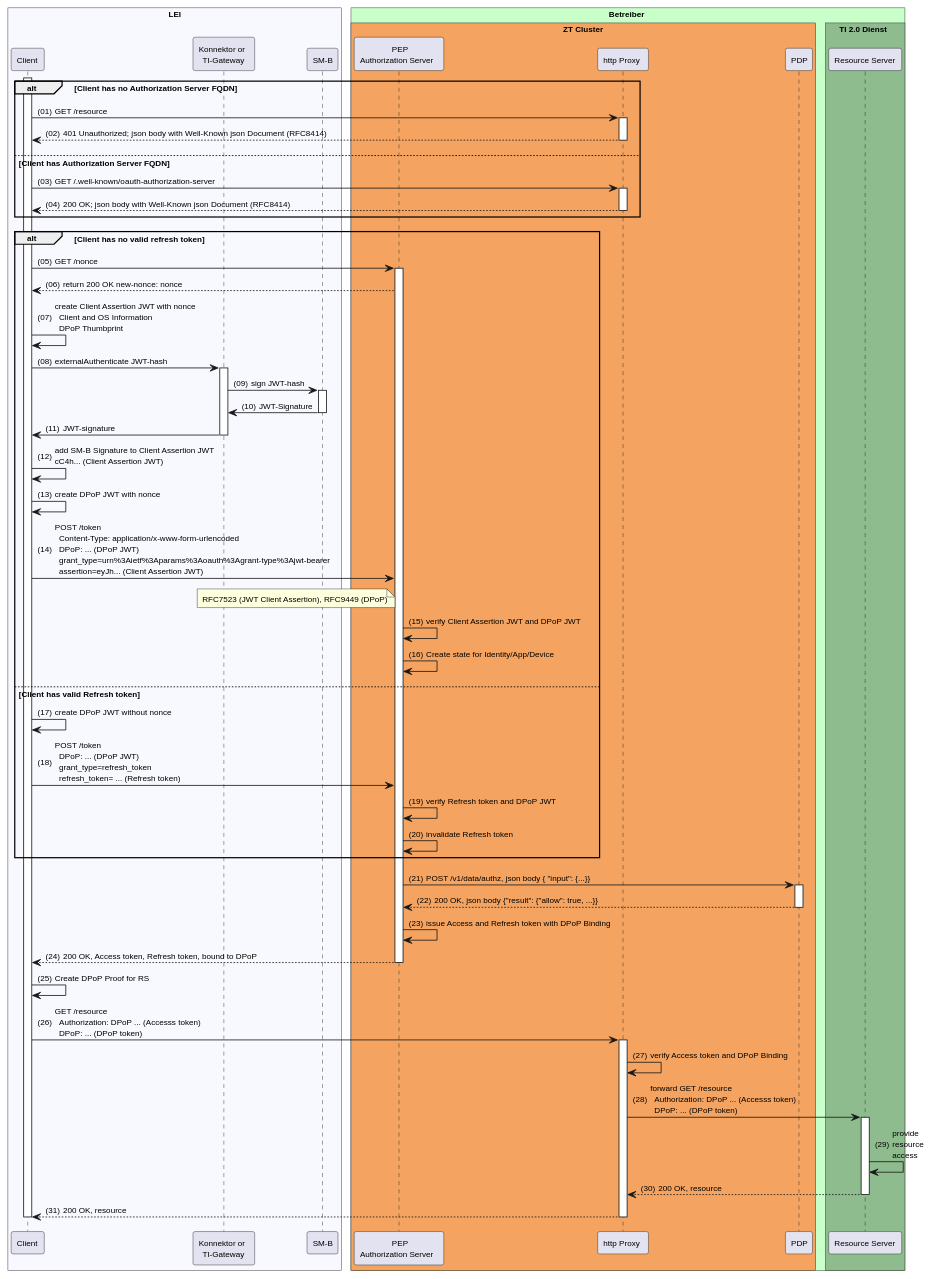
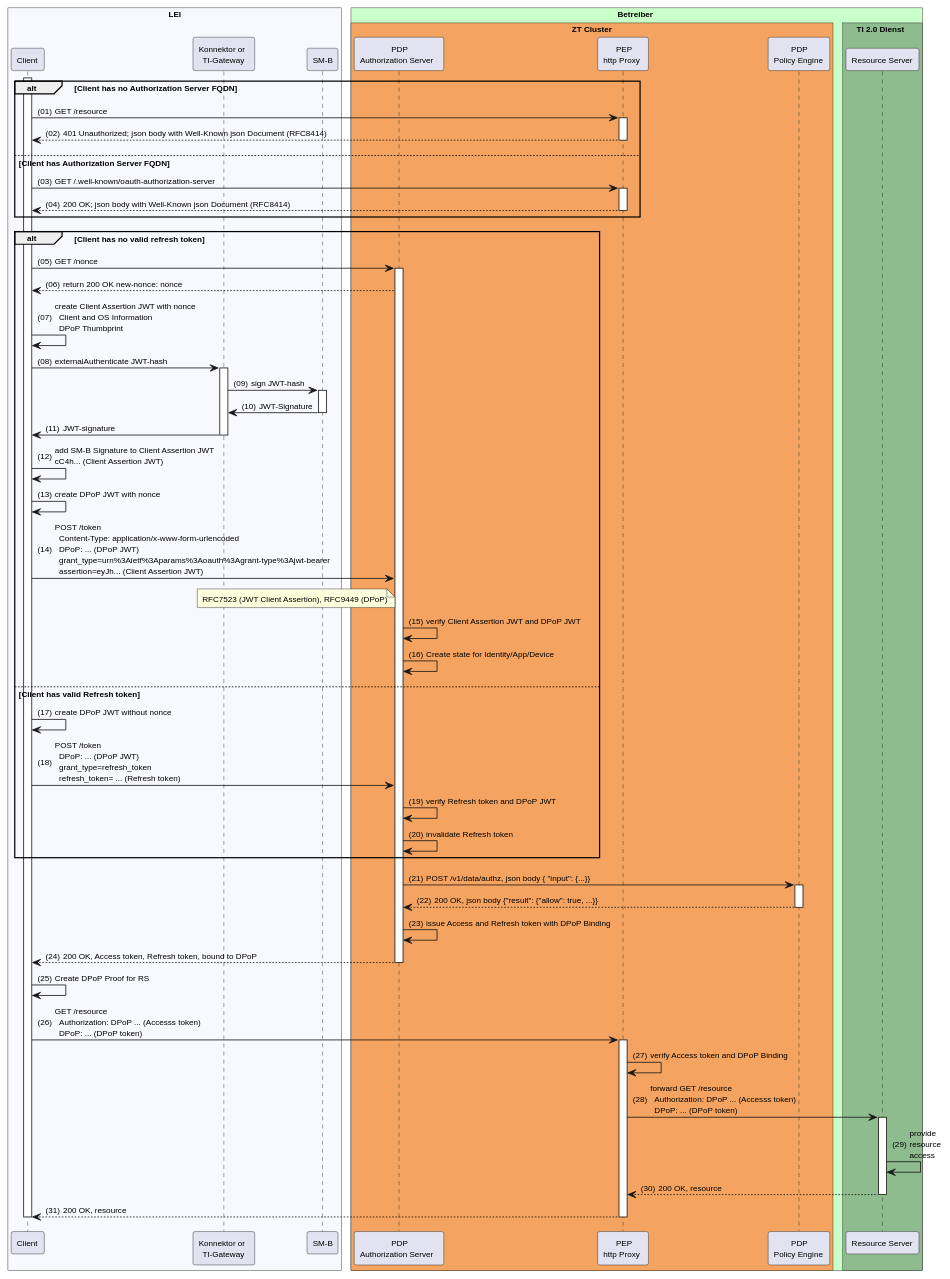
One commit to gematik/spec-t20r changed the diagram in src/plantuml/sm-b-auth.puml. Above: the diagram before and after it, drawn with PlantUML. The commit also changed 1 other file, not shown here.

```diff
--- a/src/plantuml/sm-b-auth.puml
+++ b/src/plantuml/sm-b-auth.puml
@@ -1,107 +1,107 @@
 @startuml "SM-B_Auth_with_DPoP"
 autonumber "(00)"
 skinparam defaultFontSize 10
 skinparam defaultFontName Helvetica
 skinparam DefaultMonospacedFontName Courier
 skinparam lengthAdjust none
 
 !pragma teoz true
 
 box "LEI" #GhostWhite
   participant Client
   participant Konnektor as "Konnektor or\nTI-Gateway"
   participant SMB as "SM-B"
 end box
 
 box "Betreiber" #TECHNOLOGY
   box "ZT Cluster" #SandyBrown
-    participant AS as "PEP\nAuthorization Server" 
-    participant HP as "http Proxy"
-    participant PDP as "PDP"
+    participant AS as "PDP\nAuthorization Server" 
+    participant HP as "PEP\nhttp Proxy"
+    participant PDP as "PDP\nPolicy Engine"
   endbox
    box TI 2.0 Dienst #DarkSeaGreen
     participant RS as "Resource Server"
   endbox
 end box
 
 activate Client
 alt Client has no Authorization Server FQDN
   Client -> HP: GET /resource
   activate HP
   HP --> Client: 401 Unauthorized; json body with Well-Known json Document (RFC8414)
   deactivate HP
 else Client has Authorization Server FQDN
   Client -> HP: GET /.well-known/oauth-authorization-server 
   activate HP
   HP --> Client: 200 OK; json body with Well-Known json Document (RFC8414)
   deactivate HP
 end
 
 
 alt Client has no valid refresh token
 Client -> AS: GET /nonce
 activate AS
 AS --> Client: return 200 OK new-nonce: nonce
 Client -> Client: create Client Assertion JWT with nonce\n  Client and OS Information\n  DPoP Thumbprint
 Client -> Konnektor: externalAuthenticate JWT-hash
 activate Konnektor
 Konnektor -> SMB: sign JWT-hash
 activate SMB
 SMB -> Konnektor: JWT-Signature
 deactivate SMB
 Konnektor -> Client: JWT-signature
 deactivate Konnektor
 
 Client -> Client: add SM-B Signature to Client Assertion JWT\n\
 cC4h... (Client Assertion JWT)
 Client -> Client: create DPoP JWT with nonce
 Client -> AS: POST /token\n\
   Content-Type: application/x-www-form-urlencoded\n\
   DPoP: ... (DPoP JWT)\n\
   grant_type=urn%3Aietf%3Aparams%3Aoauth%3Agrant-type%3Ajwt-bearer\n\
   assertion=eyJh... (Client Assertion JWT)
 note left of AS
   RFC7523 (JWT Client Assertion), RFC9449 (DPoP)
 end note
 AS -> AS: verify Client Assertion JWT and DPoP JWT
 AS -> AS: Create state for Identity/App/Device
 
 else Client has valid Refresh token
 Client -> Client: create DPoP JWT without nonce
 Client -> AS: POST /token\n\
   DPoP: ... (DPoP JWT)\n\
   grant_type=refresh_token\n\
   refresh_token= ... (Refresh token)
 AS -> AS: verify Refresh token and DPoP JWT
 AS -> AS: invalidate Refresh token
 end
 
 AS -> PDP: POST /v1/data/authz, json body {  "input": {...}} 
 activate PDP
 PDP --> AS: 200 OK, json body {"result": {"allow": true, ...}}
 deactivate PDP
 AS -> AS: issue Access and Refresh token with DPoP Binding
 AS --> Client: 200 OK, Access token, Refresh token, bound to DPoP
 deactivate AS
 
 Client -> Client: Create DPoP Proof for RS
 Client -> HP: GET /resource\n\
   Authorization: DPoP ... (Accesss token)\n\
   DPoP: ... (DPoP token)
 activate HP
 HP -> HP: verify Access token and DPoP Binding
 HP -> RS: forward GET /resource\n\
   Authorization: DPoP ... (Accesss token)\n\
   DPoP: ... (DPoP token)
 activate RS
 RS -> RS: provide\n\
 resource\n\
 access
 RS --> HP: 200 OK, resource
 deactivate RS
 HP --> Client: 200 OK, resource
 deactivate HP
 deactivate RS
 deactivate Client
 
 @enduml
```
